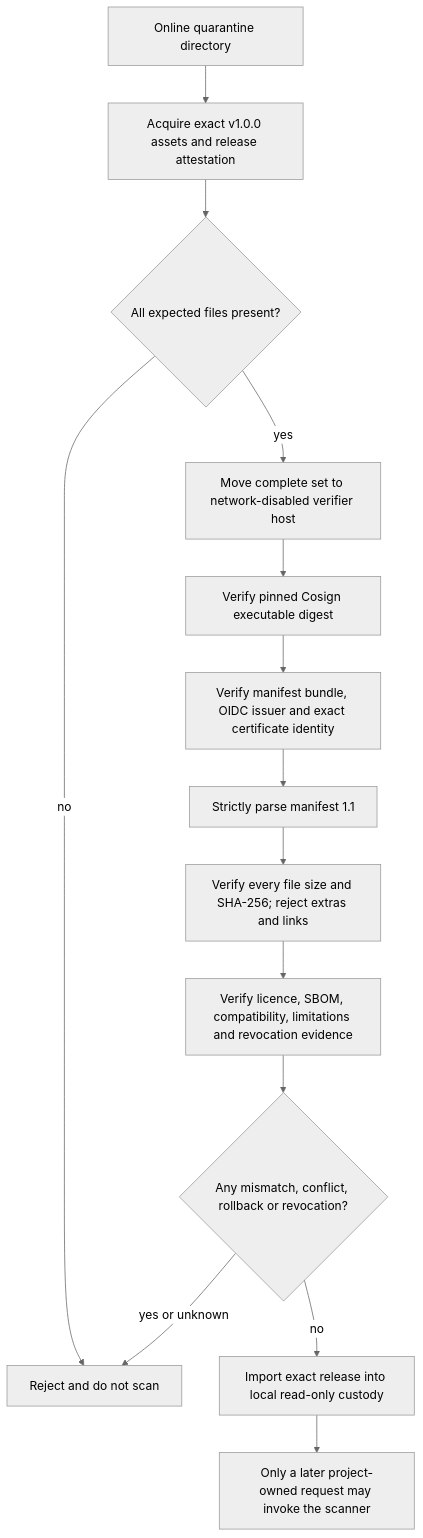
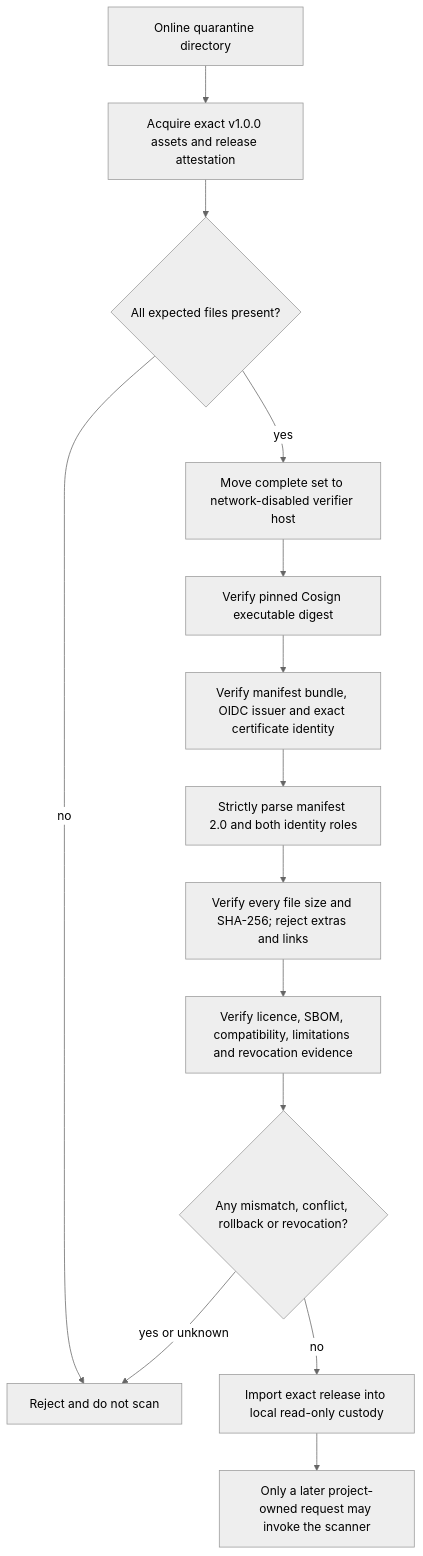
One commit to ThameeraDananjaya/project-agnostic-secret-scanner changed the first of 2 diagrams in docs/release/OFFLINE-VERIFICATION-RUNBOOK.md. Above: the diagram before and after it, drawn with Mermaid (neutral theme). The commit also changed other lines of this file and 21 other files, not shown here.

````diff
--- a/docs/release/OFFLINE-VERIFICATION-RUNBOOK.md
+++ b/docs/release/OFFLINE-VERIFICATION-RUNBOOK.md
@@ -30,16 +34,16 @@
 ```mermaid
 flowchart TD
     A[Online quarantine directory] --> B[Acquire exact v1.0.0 assets and release attestation]
     B --> C{All expected files present?}
     C -->|no| X[Reject and do not scan]
     C -->|yes| D[Move complete set to network-disabled verifier host]
     D --> E[Verify pinned Cosign executable digest]
     E --> F[Verify manifest bundle, OIDC issuer and exact certificate identity]
-    F --> G[Strictly parse manifest 1.1]
+    F --> G[Strictly parse manifest 2.0 and both identity roles]
     G --> H[Verify every file size and SHA-256; reject extras and links]
     H --> I[Verify licence, SBOM, compatibility, limitations and revocation evidence]
     I --> J{Any mismatch, conflict, rollback or revocation?}
     J -->|yes or unknown| X
     J -->|no| K[Import exact release into local read-only custody]
     K --> L[Only a later project-owned request may invoke the scanner]
 ```
````
